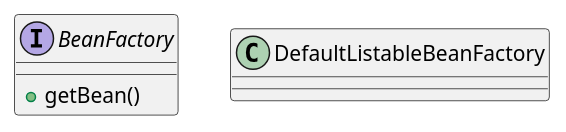
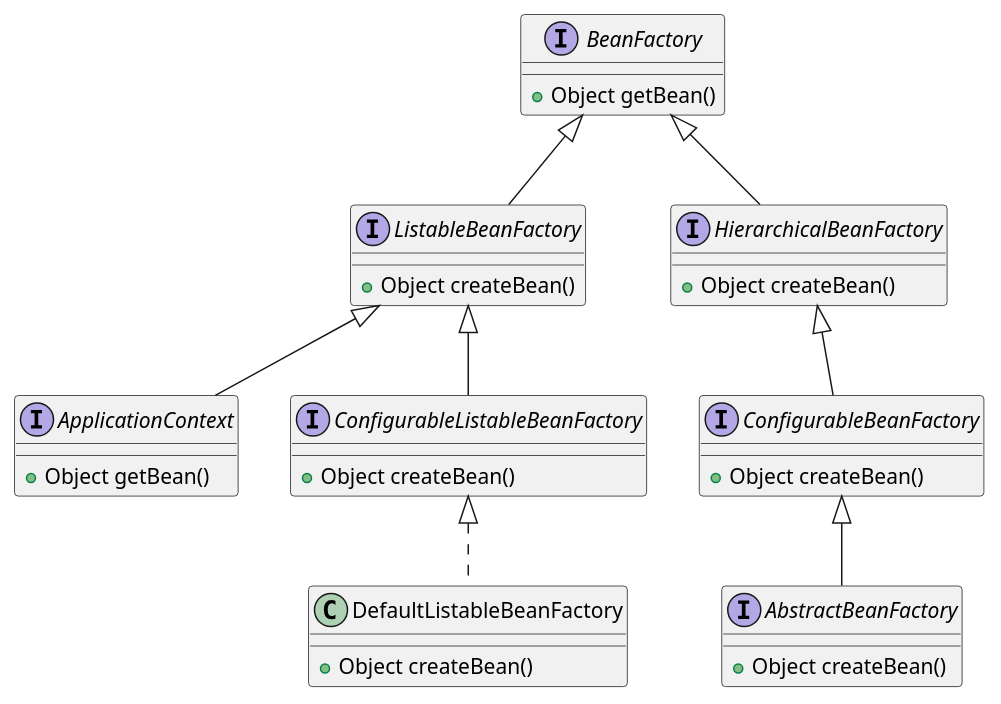
One commit to feifeihappy/spring-framework changed the diagram in spring抽象工厂模式.puml. Above: the diagram before and after it, drawn with PlantUML. The commit also changed other lines of this file and 4 other files, not shown here.

```diff
--- a/spring抽象工厂模式.puml
+++ b/spring抽象工厂模式.puml
@@ -1,18 +1,47 @@
 @startuml
 'https://plantuml.com/class-diagram
 '因为 Java 与咖啡之间的联系，
 '所以咖啡的原材料咖啡豆（Java Bean）
 '就自然而然地成为了 Spring 中代
 '表一种基本单元的名称。
 'Spring源码中的抽象工厂模式
 'todo https://blog.csdn.net/zhouwenxiamg/article/details/138059163
 
 interface BeanFactory {
-    +getBean()
+    + Object getBean()
 }
 
-class DefaultListableBeanFactory{
-
+interface ListableBeanFactory extends BeanFactory {
+    + Object createBean()
+}
+interface HierarchicalBeanFactory extends BeanFactory {
+    + Object createBean()
 }
 
+interface ConfigurableBeanFactory extends HierarchicalBeanFactory {
+    + Object createBean()
+}
+
+interface AbstractBeanFactory implements ConfigurableBeanFactory {
+    + Object createBean()
+}
+
+
+
+interface ApplicationContext extends ListableBeanFactory{
+    + Object getBean()
+}
+
+interface ConfigurableListableBeanFactory extends ListableBeanFactory{
++ Object createBean()
+}
+
+class DefaultListableBeanFactory implements ConfigurableListableBeanFactory {
++ Object createBean()
+}
+
+
+
+
+
 @enduml
```
